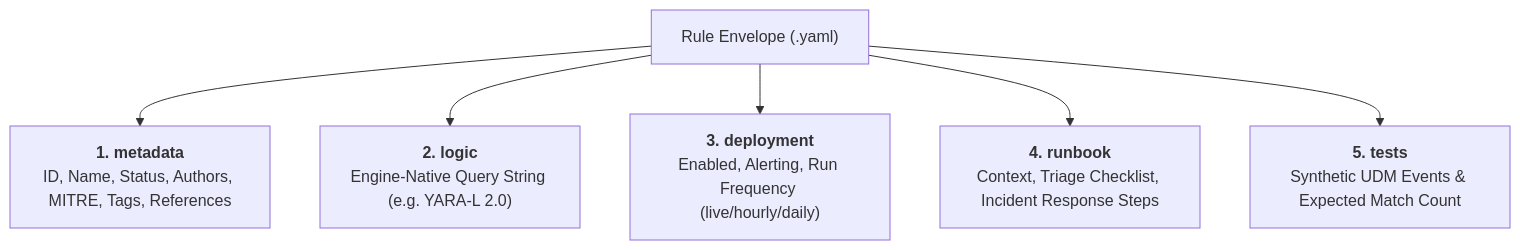
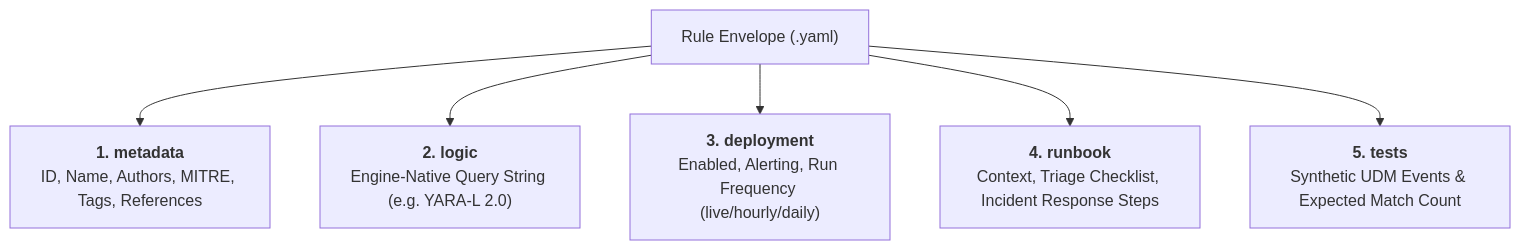
The first of 2 diagrams in docs/analysts/rule_authoring.md (lopes/graft), drawn with Mermaid before and after one commit. The commit also changed other lines of this file and 7 other files, not shown here.

````diff
--- a/docs/analysts/rule_authoring.md
+++ b/docs/analysts/rule_authoring.md
@@ -9,9 +9,9 @@
 ```mermaid
 flowchart TD
     ROOT["Rule Envelope (.yaml)"]
-    ROOT --> B1["<b>1. metadata</b><br/>ID, Name, Status, Authors, MITRE, Tags, References"]
+    ROOT --> B1["<b>1. metadata</b><br/>ID, Name, Authors, MITRE, Tags, References"]
     ROOT --> B2["<b>2. logic</b><br/>Engine-Native Query String (e.g. YARA-L 2.0)"]
     ROOT --> B3["<b>3. deployment</b><br/>Enabled, Alerting, Run Frequency (live/hourly/daily)"]
     ROOT --> B4["<b>4. runbook</b><br/>Context, Triage Checklist, Incident Response Steps"]
     ROOT --> B5["<b>5. tests</b><br/>Synthetic UDM Events & Expected Match Count"]
 ```
````
